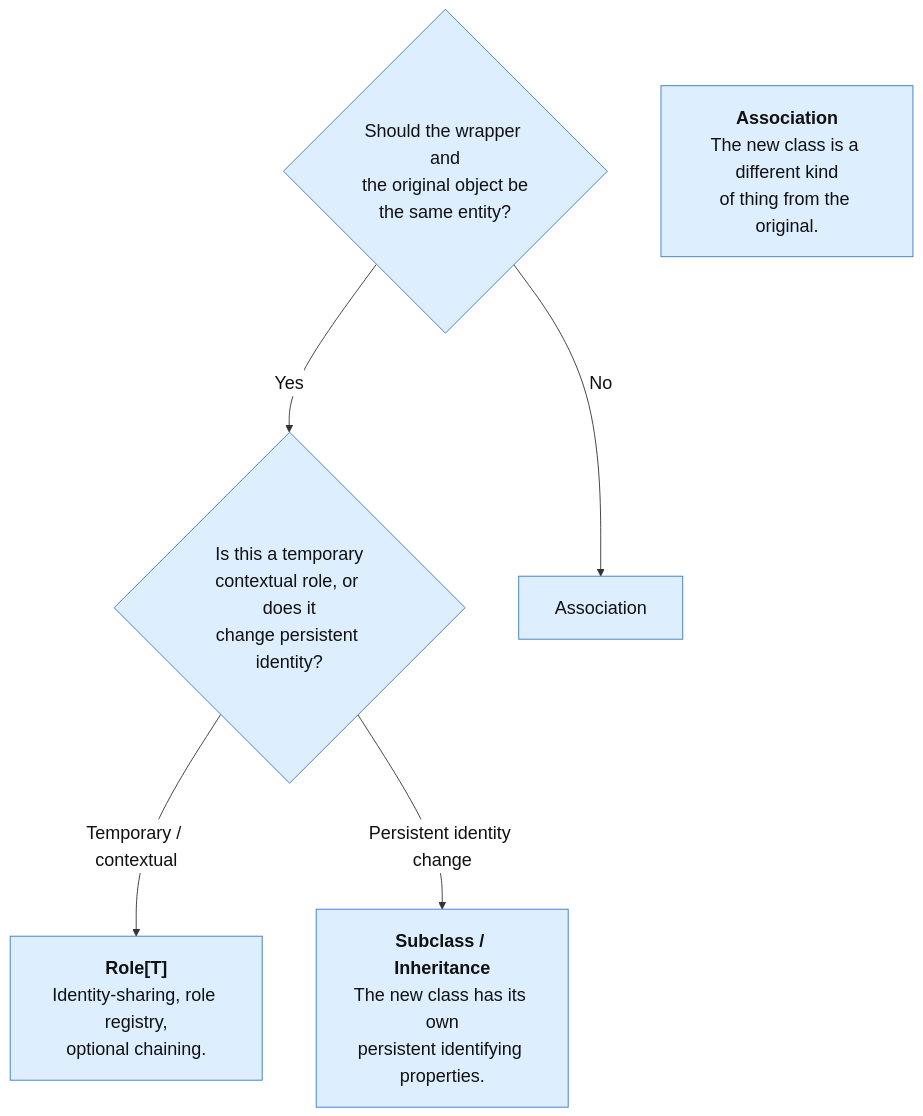
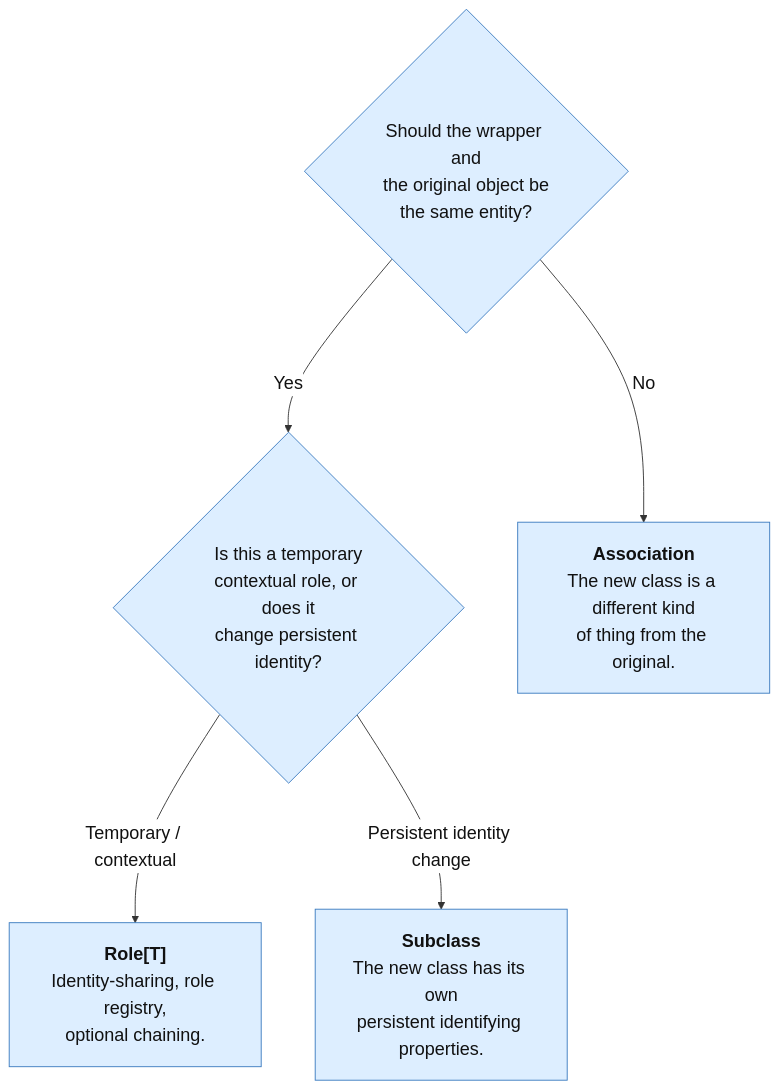
Before and after one commit to ACRAMbly/cognitive_robot_abstract_machine: the diagram in krrood/doc/patterns/role.md, drawn with Mermaid. The commit also changed other lines of this file and 3 other files, not shown here.

````diff
--- a/krrood/doc/patterns/role.md
+++ b/krrood/doc/patterns/role.md
@@ -356,14 +272,14 @@
 ```{mermaid}
 %%{init: {'theme': 'base', 'themeVariables': {'fontSize': '20px', 'lineColor': '#333333', 'primaryColor': '#ddeeff', 'primaryTextColor': '#111111', 'primaryBorderColor': '#3a7abf', 'edgeLabelBackground': '#ffffff'}, 'flowchart': {'nodeSpacing': 60, 'rankSpacing': 80, 'padding': 20}}}%%
 flowchart TD
     Q1{"Should the wrapper and<br/>the original object be<br/>the same entity?"}
     Q2{"Is this a temporary<br/>contextual role, or does it<br/>change persistent identity?"}
     ROLE["<b>Role[T]</b><br/>Identity-sharing, role registry,<br/>optional chaining."]
-    SUBCLASS["<b>Subclass / Inheritance</b><br/>The new class has its own<br/>persistent identifying properties."]
+    SUBCLASS["<b>Subclass</b><br/>The new class has its own<br/>persistent identifying properties."]
     ASSOCIATION["<b>Association</b><br/>The new class is a different kind<br/>of thing from the original."]
 
     Q1 -->|Yes| Q2
-    Q1 -->|No| Association
+    Q1 -->|No| ASSOCIATION
     Q2 -->|Temporary / contextual| ROLE
     Q2 -->|Persistent identity change| SUBCLASS
 ```
````
